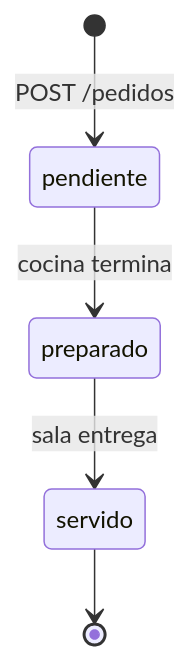
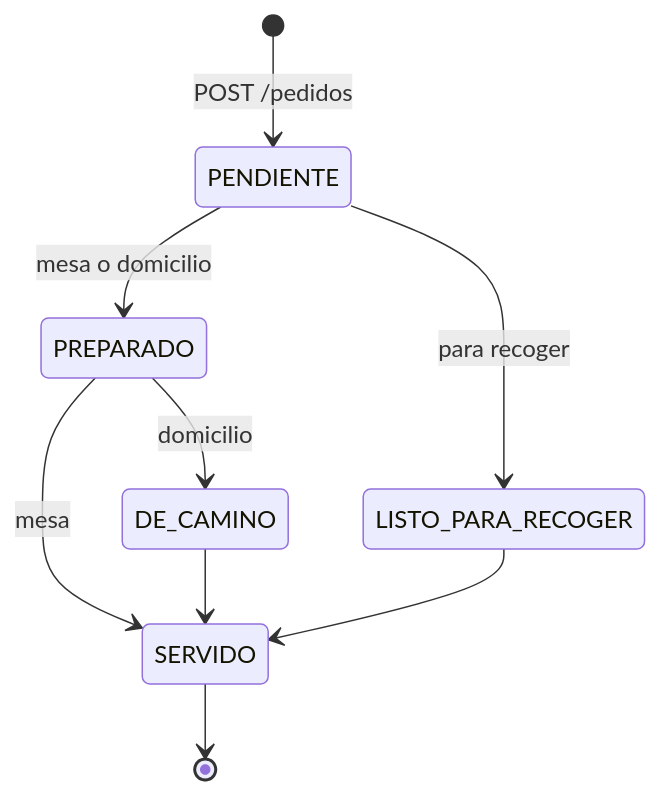
One commit to juanparejog/BarHub2.0 changed the second of 4 diagrams in docs/backend.md. Above: the diagram before and after it, drawn with Mermaid. The commit also changed other lines of this file and 15 other files, not shown here.

````diff
--- a/docs/backend.md
+++ b/docs/backend.md
@@ -201,7 +229,11 @@
 ```mermaid
 stateDiagram-v2
-    [*] --> pendiente: POST /pedidos
-    pendiente --> preparado: cocina termina
-    preparado --> servido: sala entrega
-    servido --> [*]
+    [*] --> PENDIENTE: POST /pedidos
+    PENDIENTE --> PREPARADO: mesa o domicilio
+    PENDIENTE --> LISTO_PARA_RECOGER: para recoger
+    PREPARADO --> DE_CAMINO: domicilio
+    PREPARADO --> SERVIDO: mesa
+    DE_CAMINO --> SERVIDO
+    LISTO_PARA_RECOGER --> SERVIDO
+    SERVIDO --> [*]
 ```
````
